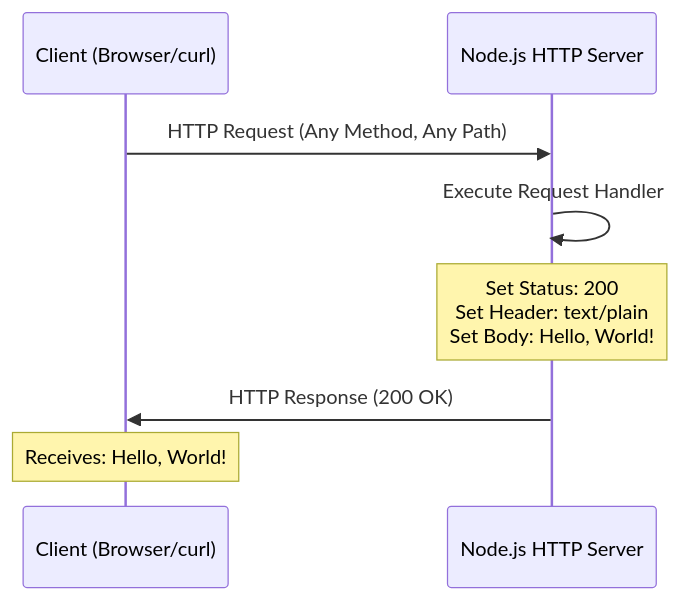
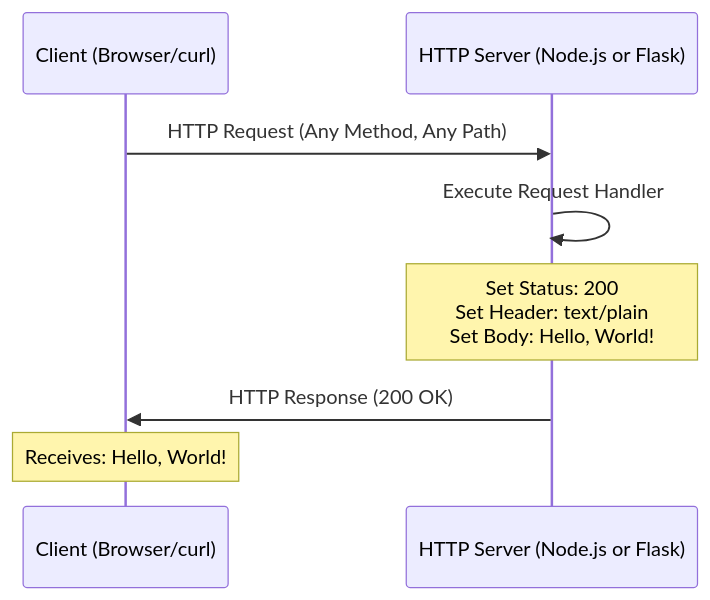
The diagram in README.md (lakshya-blitzy/hello_world_Oct_2025), drawn with Mermaid before and after one commit. The commit also changed other lines of this file and 3 other files, not shown here.

````diff
--- a/README.md
+++ b/README.md
@@ -207,11 +379,11 @@
 ```mermaid
 sequenceDiagram
     participant Client as Client (Browser/curl)
-    participant Server as Node.js HTTP Server
+    participant Server as HTTP Server (Node.js or Flask)
     
     Client->>Server: HTTP Request (Any Method, Any Path)
     Server->>Server: Execute Request Handler
     Note over Server: Set Status: 200<br/>Set Header: text/plain<br/>Set Body: Hello, World!
     Server->>Client: HTTP Response (200 OK)
     Note over Client: Receives: Hello, World!
 ```
````
